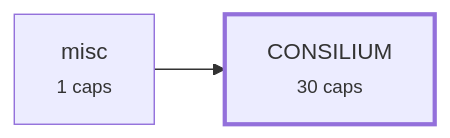
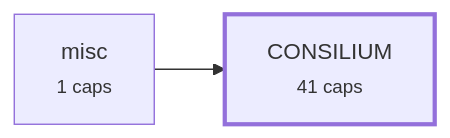
One commit to alxmax/Consilium_Demo changed the third of 4 diagrams in requirements/_map.md. Above: the diagram before and after it, drawn with Mermaid. The commit also changed other lines of this file and 26 other files, not shown here.

````diff
--- a/requirements/_map.md
+++ b/requirements/_map.md
@@ -183,7 +238,7 @@
 ```mermaid
 graph LR
-  a_CONSILIUM["CONSILIUM<br><small>30 caps</small>"]
+  a_CONSILIUM["CONSILIUM<br><small>41 caps</small>"]
   a_misc["misc<br><small>1 caps</small>"]
   a_misc --> a_CONSILIUM
   style a_CONSILIUM stroke-width:3px
 ```
````
